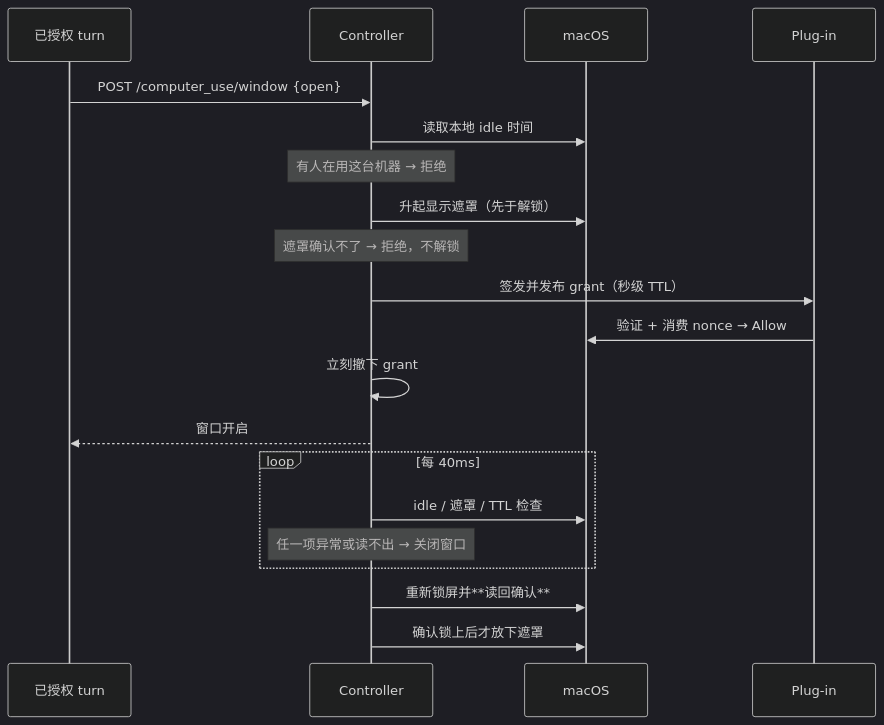
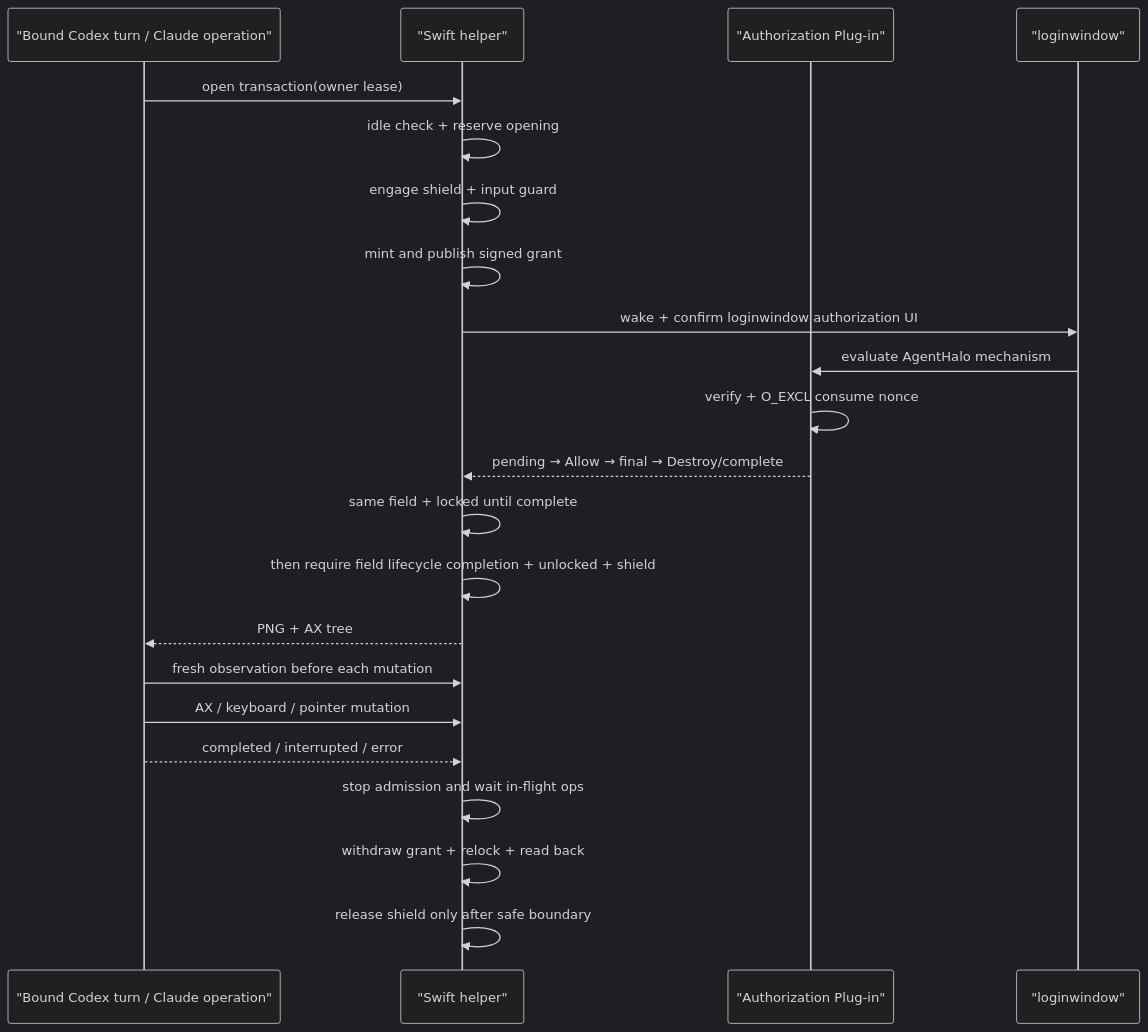
One commit to psyche08/remote-agent changed the second of 2 diagrams in docs/computer-use-locked-user.md. Above: the diagram before and after it, drawn with Mermaid (dark theme). The commit also changed other lines of this file and 153 other files, not shown here.

Commit message:
feat: add AgentHalo locked desktop automation

````diff
--- a/docs/computer-use-locked-user.md
+++ b/docs/computer-use-locked-user.md
@@ -99,25 +240,25 @@
 ```mermaid
 sequenceDiagram
-    participant Turn as 已授权 turn
-    participant Ctl as Controller
-    participant Sys as macOS
-    participant Plug as Plug-in
+    participant M as "Bound Codex turn / Claude operation"
+    participant H as "Swift helper"
+    participant P as "Authorization Plug-in"
+    participant L as "loginwindow"
 
-    Turn->>Ctl: POST /computer_use/window {open}
-    Ctl->>Sys: 读取本地 idle 时间
-    Note over Ctl: 有人在用这台机器 → 拒绝
-    Ctl->>Sys: 升起显示遮罩（先于解锁）
-    Note over Ctl: 遮罩确认不了 → 拒绝，不解锁
-    Ctl->>Plug: 签发并发布 grant（秒级 TTL）
-    Plug->>Sys: 验证 + 消费 nonce → Allow
-    Ctl->>Ctl: 立刻撤下 grant
-    Ctl-->>Turn: 窗口开启
-
-    loop 每 40ms
-        Ctl->>Sys: idle / 遮罩 / TTL 检查
-        Note over Ctl: 任一项异常或读不出 → 关闭窗口
-    end
-
-    Ctl->>Sys: 重新锁屏并**读回确认**
-    Ctl->>Sys: 确认锁上后才放下遮罩
+    M->>H: open transaction(owner lease)
+    H->>H: idle check + reserve opening
+    H->>H: engage shield + input guard
+    H->>H: mint and publish signed grant
+    H->>L: wake + confirm loginwindow authorization UI
+    L->>P: evaluate AgentHalo mechanism
+    P->>P: verify + O_EXCL consume nonce
+    P-->>H: pending → Allow → final → Destroy/complete
+    H->>H: same field + locked until complete
+    H->>H: then require field lifecycle completion + unlocked + shield
+    H-->>M: PNG + AX tree
+    M->>H: fresh observation before each mutation
+    M->>H: AX / keyboard / pointer mutation
+    M-->>H: completed / interrupted / error
+    H->>H: stop admission and wait in-flight ops
+    H->>H: withdraw grant + relock + read back
+    H->>H: release shield only after safe boundary
 ```
````
